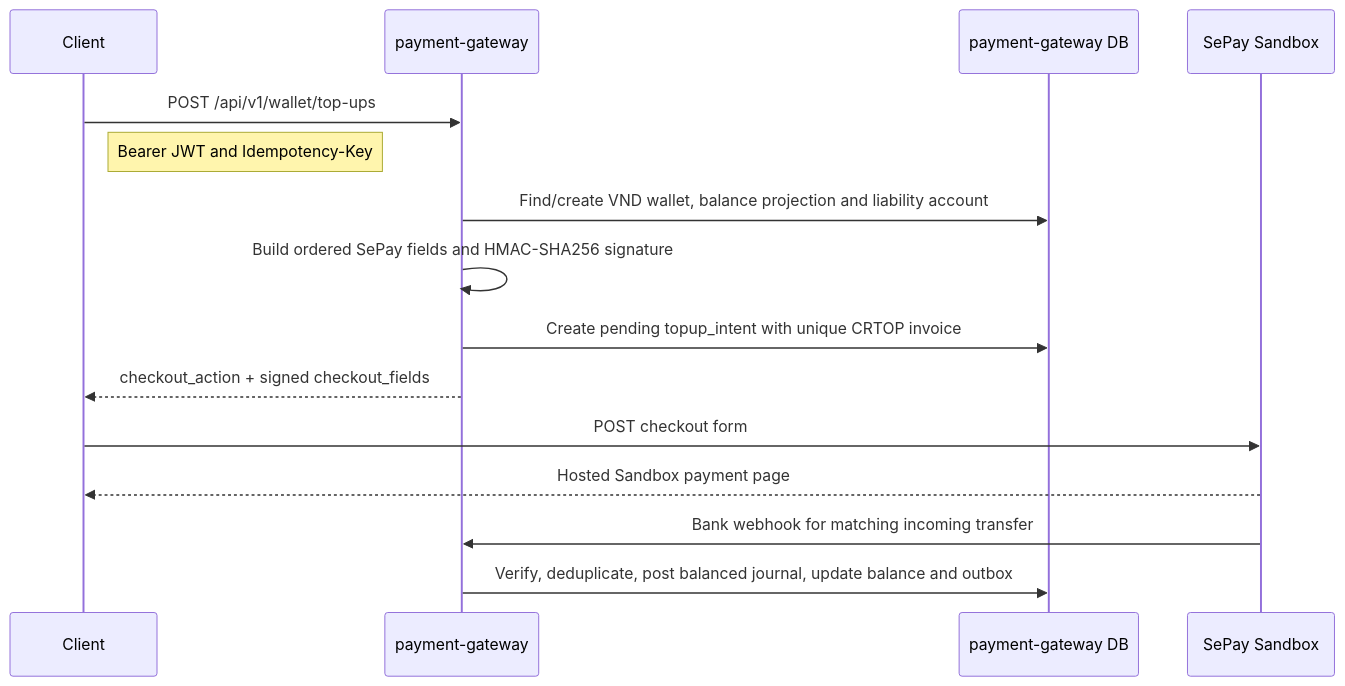
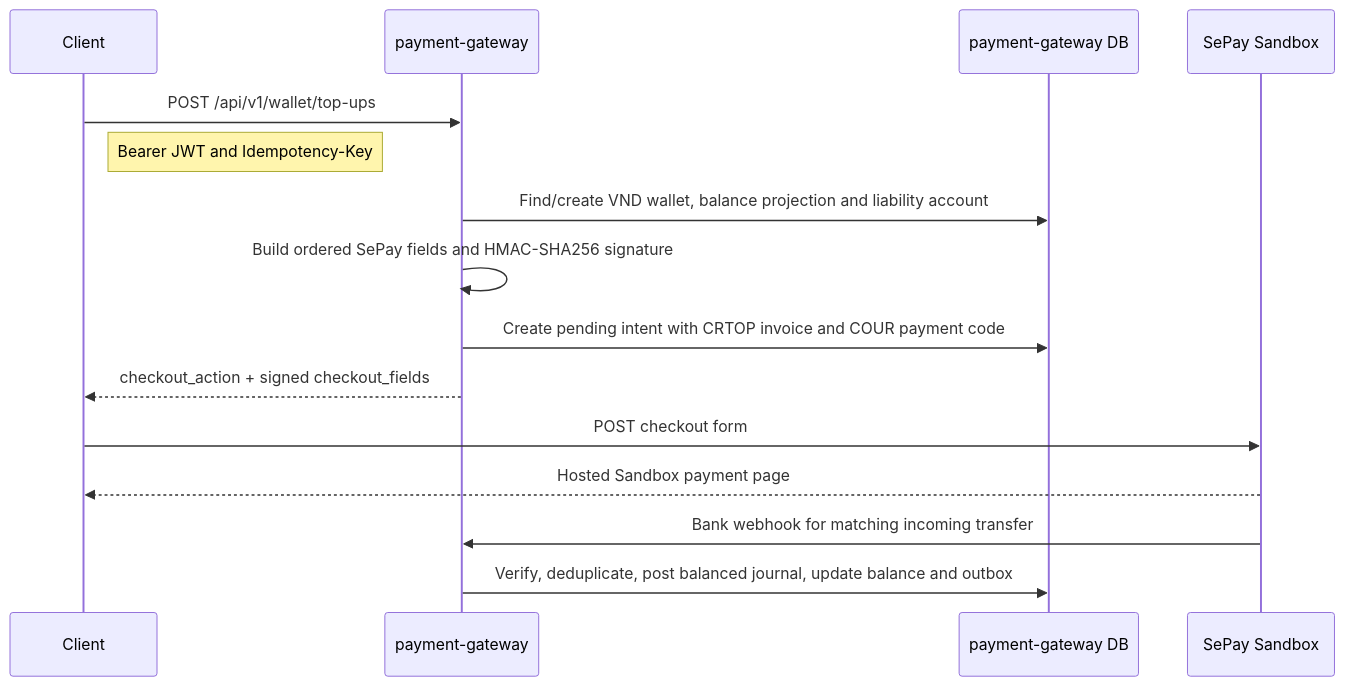
The diagram in payment-gateway/docs/sepay-topup-flow.md (vucongthanh92/courier), drawn with Mermaid before and after one commit. The commit also changed other lines of this file and 28 other files, not shown here.

````diff
--- a/payment-gateway/docs/sepay-topup-flow.md
+++ b/payment-gateway/docs/sepay-topup-flow.md
@@ -3,18 +3,18 @@
 ```mermaid
 sequenceDiagram
     participant Client
     participant PG as payment-gateway
     participant DB as payment-gateway DB
     participant SP as SePay Sandbox
 
     Client->>PG: POST /api/v1/wallet/top-ups
     Note right of Client: Bearer JWT and Idempotency-Key
     PG->>DB: Find/create VND wallet, balance projection and liability account
     PG->>PG: Build ordered SePay fields and HMAC-SHA256 signature
-    PG->>DB: Create pending topup_intent with unique CRTOP invoice
+    PG->>DB: Create pending intent with CRTOP invoice and COUR payment code
     PG-->>Client: checkout_action + signed checkout_fields
     Client->>SP: POST checkout form
     SP-->>Client: Hosted Sandbox payment page
     SP->>PG: Bank webhook for matching incoming transfer
     PG->>DB: Verify, deduplicate, post balanced journal, update balance and outbox
 ```
````
